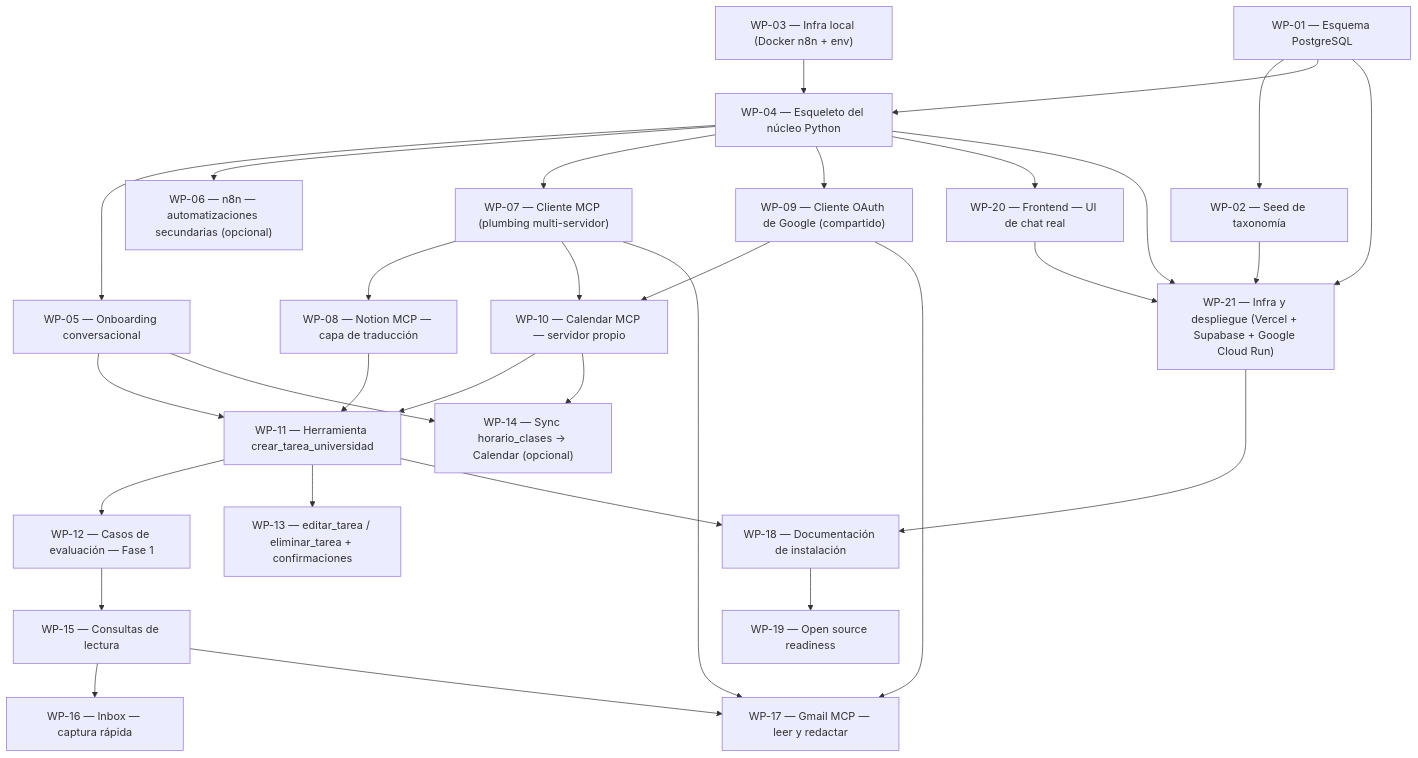
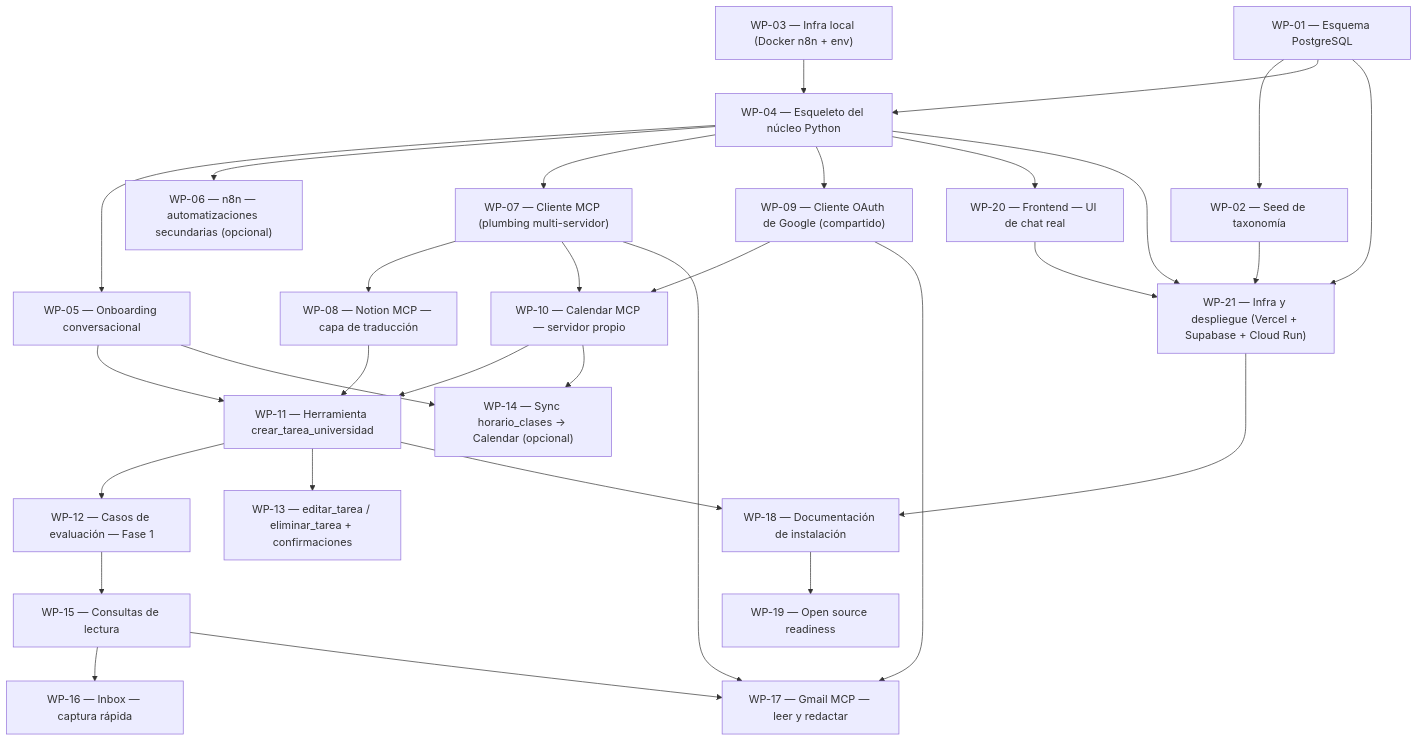
One commit to Hammad-Bellachhab/agente-planificador changed the diagram in docs/prds/ROADMAP.md. Above: the diagram before and after it, drawn with Mermaid. The commit also changed other lines of this file and 33 other files, not shown here.

First line of the commit message:
Actualiza CLAUDE.md, README.md y roadmap tras el frontend completo

````diff
--- a/docs/prds/ROADMAP.md
+++ b/docs/prds/ROADMAP.md
@@ -5,54 +5,54 @@
 ```mermaid
 graph TD
   WP-01["WP-01 — Esquema PostgreSQL"]
   WP-02["WP-02 — Seed de taxonomía"]
   WP-03["WP-03 — Infra local (Docker n8n + env)"]
   WP-04["WP-04 — Esqueleto del núcleo Python"]
   WP-05["WP-05 — Onboarding conversacional"]
   WP-06["WP-06 — n8n — automatizaciones secundarias (opcional)"]
   WP-07["WP-07 — Cliente MCP (plumbing multi-servidor)"]
   WP-08["WP-08 — Notion MCP — capa de traducción"]
   WP-09["WP-09 — Cliente OAuth de Google (compartido)"]
   WP-10["WP-10 — Calendar MCP — servidor propio"]
   WP-11["WP-11 — Herramienta crear_tarea_universidad"]
   WP-12["WP-12 — Casos de evaluación — Fase 1"]
   WP-13["WP-13 — editar_tarea / eliminar_tarea + confirmaciones"]
   WP-14["WP-14 — Sync horario_clases → Calendar (opcional)"]
   WP-15["WP-15 — Consultas de lectura"]
   WP-16["WP-16 — Inbox — captura rápida"]
   WP-17["WP-17 — Gmail MCP — leer y redactar"]
   WP-18["WP-18 — Documentación de instalación"]
   WP-19["WP-19 — Open source readiness"]
   WP-20["WP-20 — Frontend — UI de chat real"]
-  WP-21["WP-21 — Infra y despliegue (Vercel + Supabase + Google Cloud Run)"]
+  WP-21["WP-21 — Infra y despliegue (Vercel + Supabase + Cloud Run)"]
   WP-01 --> WP-02
   WP-01 --> WP-04
   WP-03 --> WP-04
   WP-04 --> WP-05
   WP-04 --> WP-06
   WP-04 --> WP-07
   WP-07 --> WP-08
   WP-04 --> WP-09
   WP-09 --> WP-10
   WP-07 --> WP-10
   WP-08 --> WP-11
   WP-10 --> WP-11
   WP-05 --> WP-11
   WP-11 --> WP-12
   WP-11 --> WP-13
   WP-05 --> WP-14
   WP-10 --> WP-14
   WP-12 --> WP-15
   WP-15 --> WP-16
   WP-09 --> WP-17
   WP-07 --> WP-17
   WP-15 --> WP-17
   WP-11 --> WP-18
   WP-21 --> WP-18
   WP-18 --> WP-19
   WP-04 --> WP-20
   WP-01 --> WP-21
   WP-02 --> WP-21
   WP-04 --> WP-21
   WP-20 --> WP-21
 ```
````
